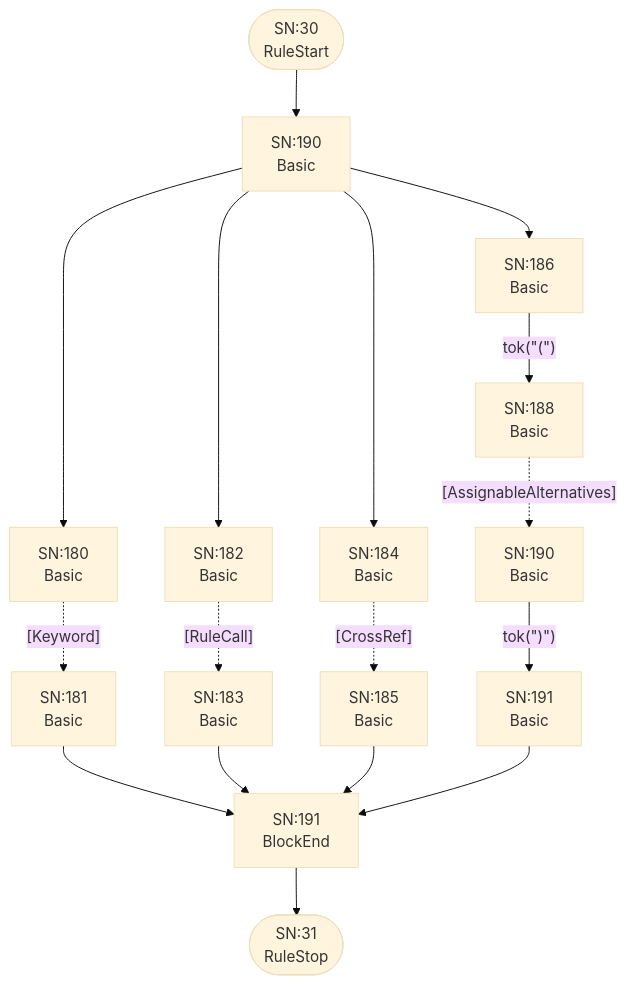
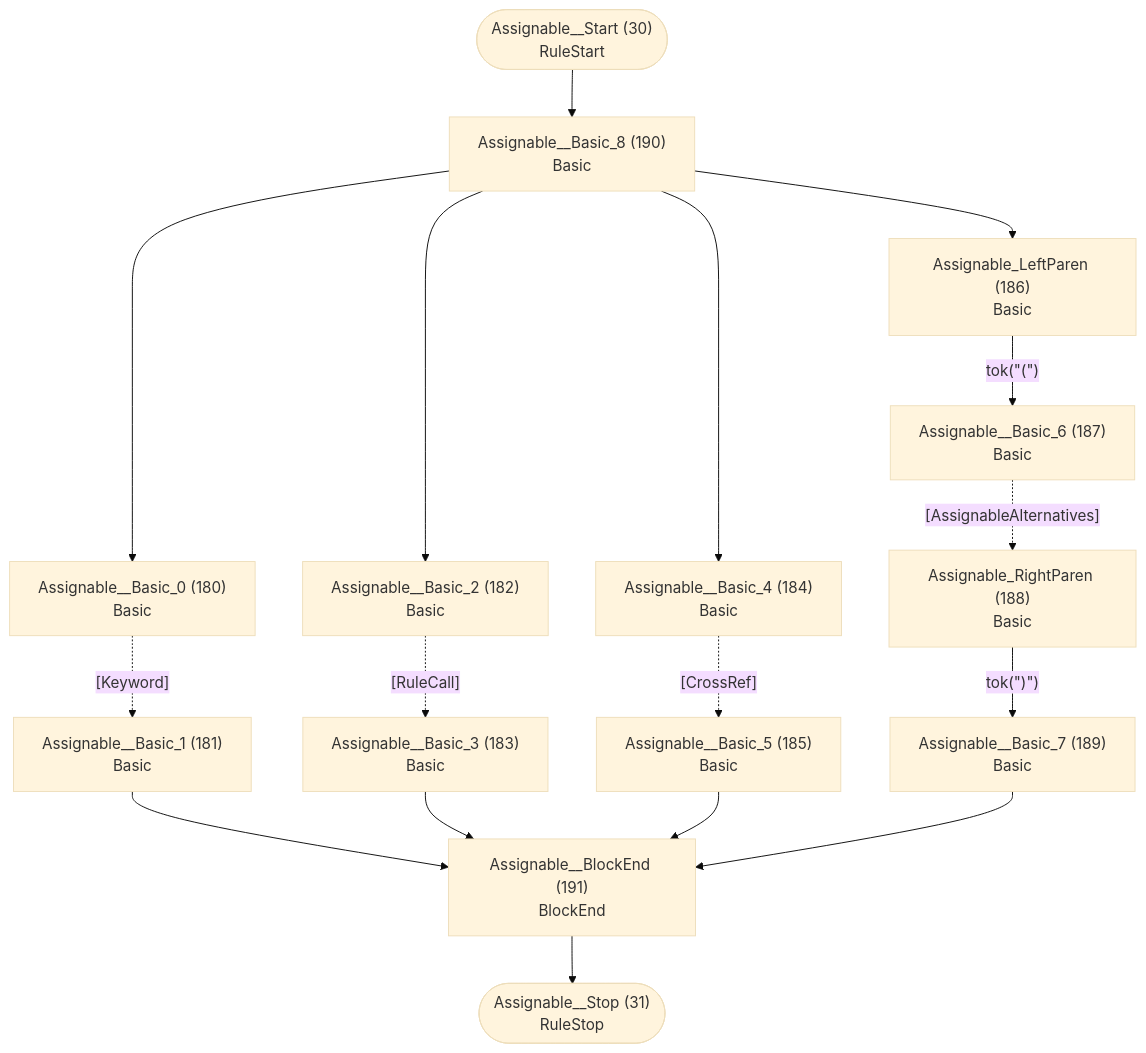
Diagram 16 of 25 in internal/grammar/atn.md (TypeFox/fastbelt), drawn with Mermaid (base theme) before and after one commit. The commit also changed other lines of this file and 26 other files, not shown here.

````diff
--- a/internal/grammar/atn.md
+++ b/internal/grammar/atn.md
@@ -443,34 +443,34 @@
 ```mermaid
 flowchart TD
-    q30(["SN:30<br/>RuleStart"])
-    q31(["SN:31<br/>RuleStop"])
-    q180["SN:180<br/>Basic<br/>"]
-    q181["SN:181<br/>Basic<br/>"]
-    q182["SN:182<br/>Basic<br/>"]
-    q183["SN:183<br/>Basic<br/>"]
-    q184["SN:184<br/>Basic<br/>"]
-    q185["SN:185<br/>Basic<br/>"]
-    q186["SN:186<br/>Basic<br/>"]
-    q187["SN:188<br/>Basic<br/>"]
-    q188["SN:190<br/>Basic<br/>"]
-    q189["SN:191<br/>Basic<br/>"]
-    q190["SN:190<br/>Basic<br/>"]
-    q191["SN:191<br/>BlockEnd<br/>"]
+    q30(["Assignable__Start (30)<br/>RuleStart"])
+    q31(["Assignable__Stop (31)<br/>RuleStop"])
+    q180["Assignable__Basic_0 (180)<br/>Basic<br/>"]
+    q181["Assignable__Basic_1 (181)<br/>Basic<br/>"]
+    q182["Assignable__Basic_2 (182)<br/>Basic<br/>"]
+    q183["Assignable__Basic_3 (183)<br/>Basic<br/>"]
+    q184["Assignable__Basic_4 (184)<br/>Basic<br/>"]
+    q185["Assignable__Basic_5 (185)<br/>Basic<br/>"]
+    q186["Assignable_LeftParen (186)<br/>Basic<br/>"]
+    q187["Assignable__Basic_6 (187)<br/>Basic<br/>"]
+    q188["Assignable_RightParen (188)<br/>Basic<br/>"]
+    q189["Assignable__Basic_7 (189)<br/>Basic<br/>"]
+    q190["Assignable__Basic_8 (190)<br/>Basic<br/>"]
+    q191["Assignable__BlockEnd (191)<br/>BlockEnd<br/>"]
 
     q30 --> q190
     q180 -.->|"[Keyword]"| q181
     q181 --> q191
     q182 -.->|"[RuleCall]"| q183
     q183 --> q191
     q184 -.->|"[CrossRef]"| q185
     q185 --> q191
     q186 -->|"tok(&quot;(&quot;)"| q187
     q187 -.->|"[AssignableAlternatives]"| q188
     q188 -->|"tok(&quot;)&quot;)"| q189
     q189 --> q191
     q190 --> q180
     q190 --> q182
     q190 --> q184
     q190 --> q186
     q191 --> q31
 ```
````
